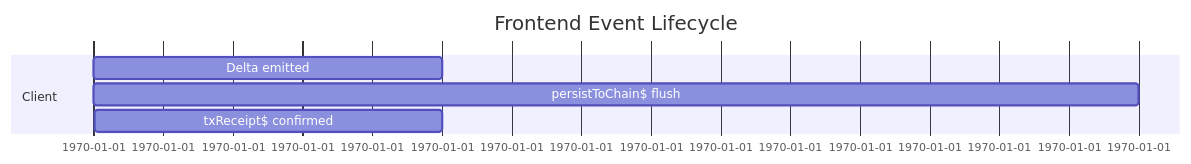
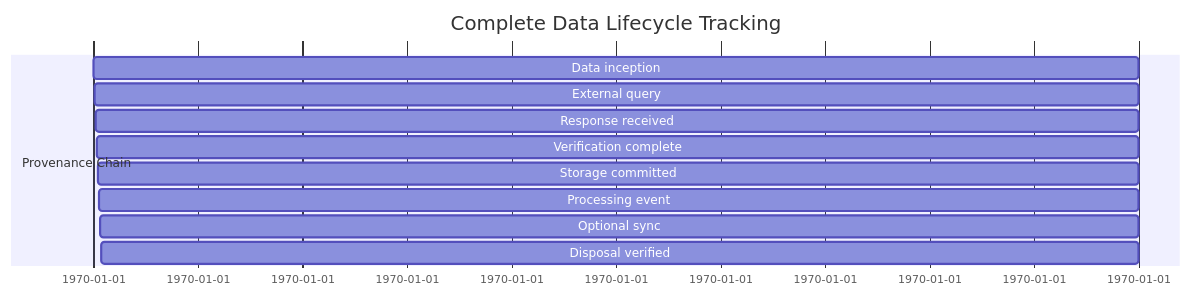
Before and after one commit to JeffreySanford/forge-board: the second of 3 diagrams in forgeboard-frontend/src/assets/documentation/BLOCKCHAIN-PERSISTENT-ARCHITECTURE.md, drawn with Mermaid. The commit also changed other lines of this file and 13 other files, not shown here.

````diff
--- a/forgeboard-frontend/src/assets/documentation/BLOCKCHAIN-PERSISTENT-ARCHITECTURE.md
+++ b/forgeboard-frontend/src/assets/documentation/BLOCKCHAIN-PERSISTENT-ARCHITECTURE.md
@@ -68,9 +67,14 @@
 ```mermaid
 gantt
-    title Frontend Event Lifecycle
+    title Complete Data Lifecycle Tracking
     dateFormat  X
-    section Client
-    Delta emitted         : 0, 1
-    persistToChain$ flush : 1, 3
-    txReceipt$ confirmed  : 4, 1
+    section Provenance Chain
+    Data inception         : 0, 1
+    External query         : 1, 1
+    Response received      : 2, 1
+    Verification complete  : 3, 1
+    Storage committed      : 4, 1
+    Processing event       : 5, 1
+    Optional sync          : 6, 1
+    Disposal verified      : 7, 1
 ```
````
